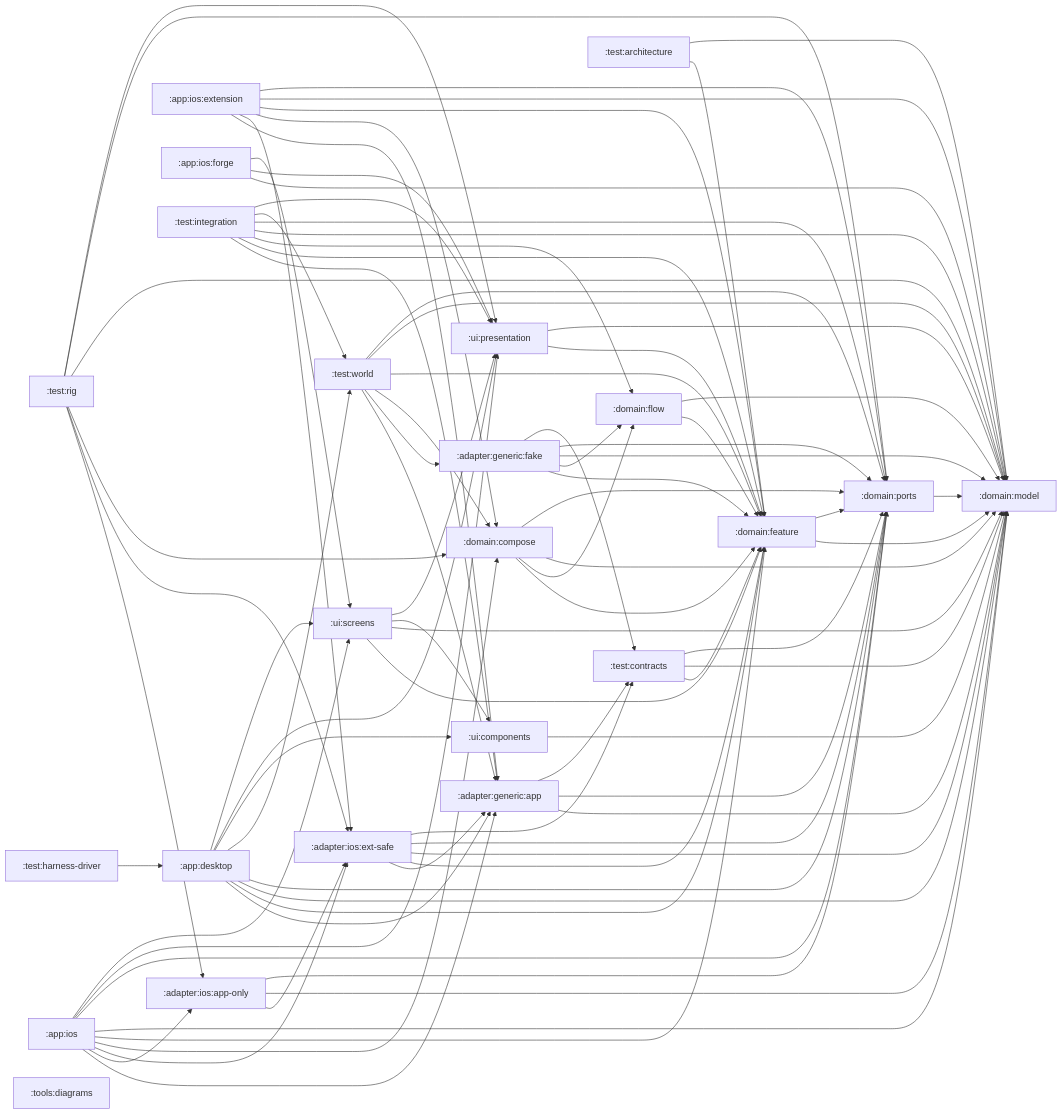
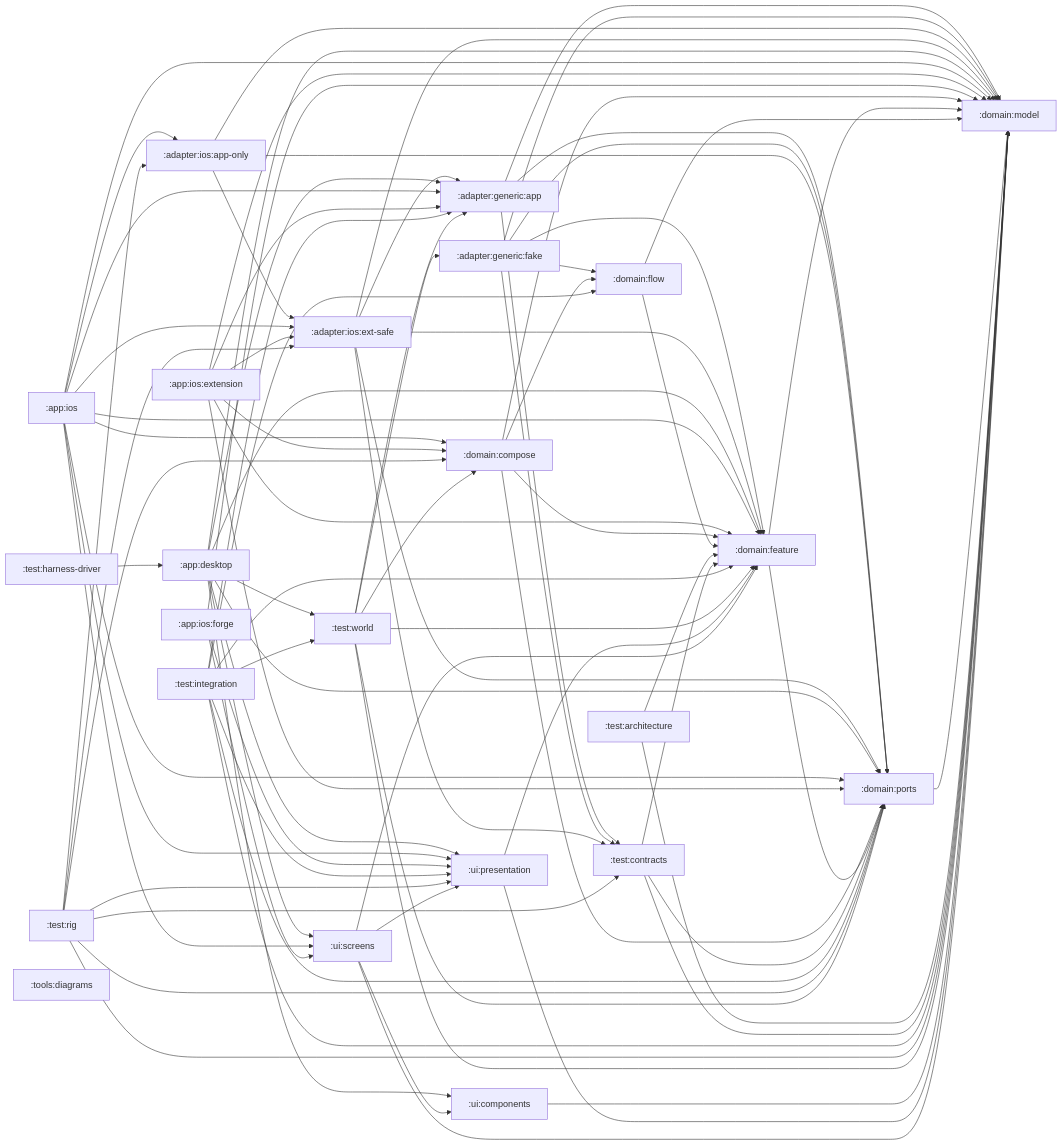
One commit to stefanhoelzl/SnapSync changed the diagram in architecture/modules.md. Above: the diagram before and after it, drawn with Mermaid. The commit also changed 2 other files, not shown here.

Commit message:
internal(port-contracts): regenerate diagrams for the rig's contracts edge

```diff
--- a/architecture/modules.md
+++ b/architecture/modules.md
@@ -101,6 +101,7 @@
   test_rig --> domain_compose
   test_rig --> domain_model
   test_rig --> domain_ports
+  test_rig --> test_contracts
   test_rig --> ui_presentation
   test_world --> adapter_generic_app
   test_world --> adapter_generic_fake
```
